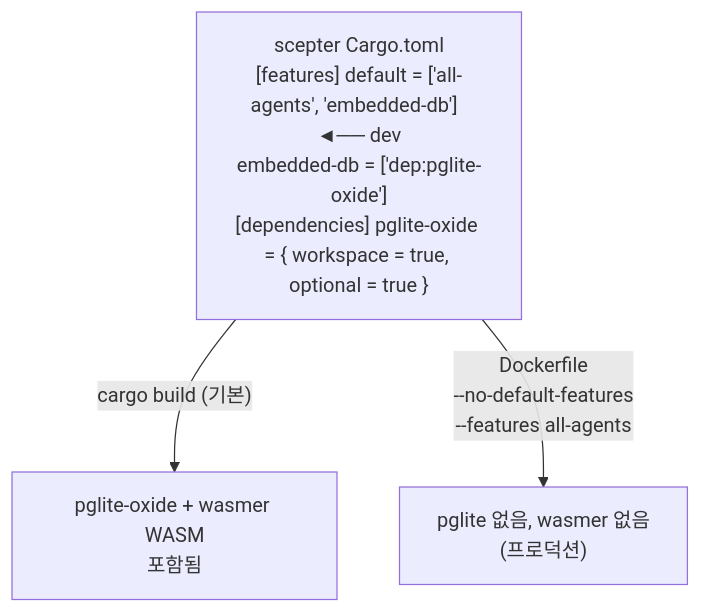
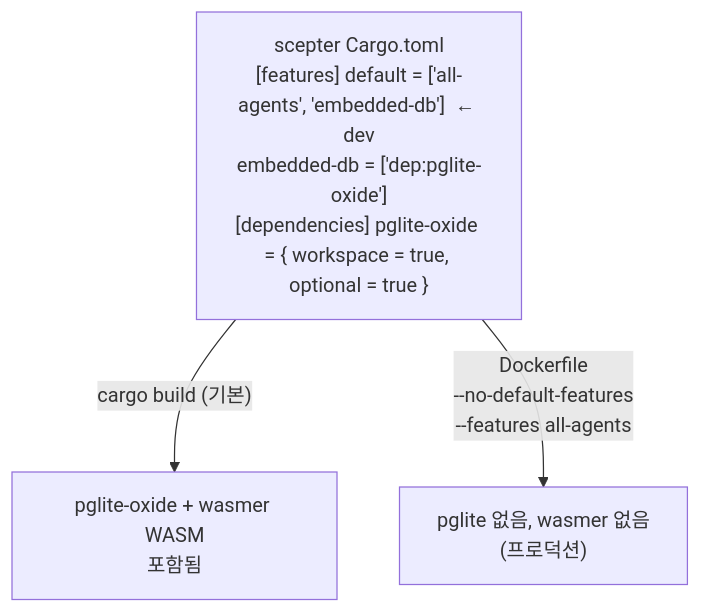
One commit to celestia-island/plana changed diagram 38 of 38 in docs/ko/design/core/scepter-architecture.md. Above: the diagram before and after it, drawn with Mermaid. The commit also changed 3 other files, not shown here.

First line of the commit message:
🎨 diagrams: fix stray ◄── Unicode arrow in 4 translated scepter-architecture.md

````diff
--- a/docs/ko/design/core/scepter-architecture.md
+++ b/docs/ko/design/core/scepter-architecture.md
@@ -1110,7 +1110,7 @@
 ```mermaid
 flowchart TB
-    Cargo["scepter Cargo.toml<br/>[features] default = ['all-agents', 'embedded-db']  ◄── dev<br/>embedded-db = ['dep:pglite-oxide']<br/>[dependencies] pglite-oxide = { workspace = true, optional = true }"]
+    Cargo["scepter Cargo.toml<br/>[features] default = ['all-agents', 'embedded-db']  ← dev<br/>embedded-db = ['dep:pglite-oxide']<br/>[dependencies] pglite-oxide = { workspace = true, optional = true }"]
 
     Cargo -->|"cargo build (기본)"| Dev["pglite-oxide + wasmer WASM<br/>포함됨"]
     Cargo -->|"Dockerfile<br/>--no-default-features<br/>--features all-agents"| Prod["pglite 없음, wasmer 없음<br/>(프로덕션)"]
 ```
````
